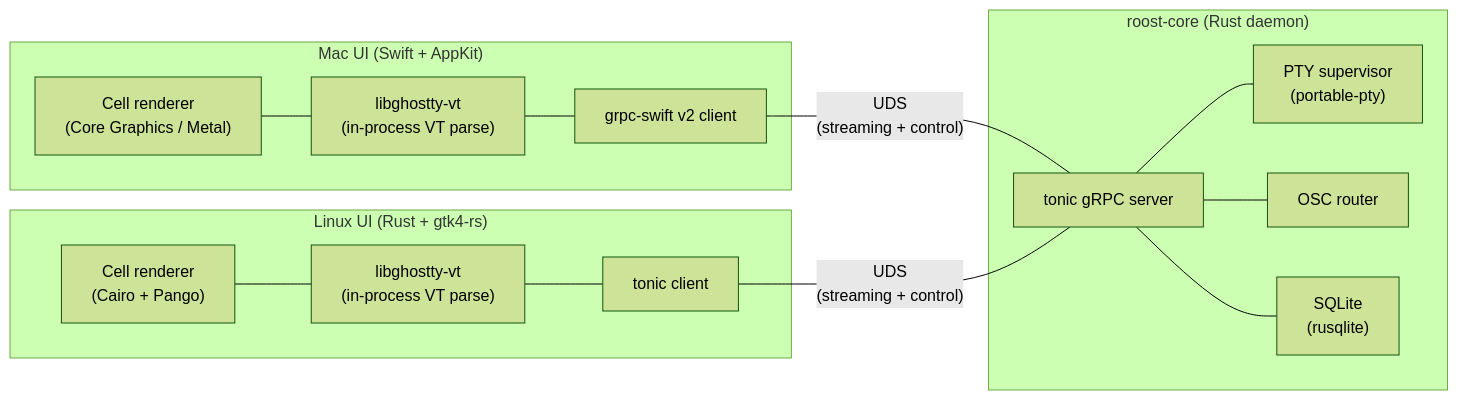
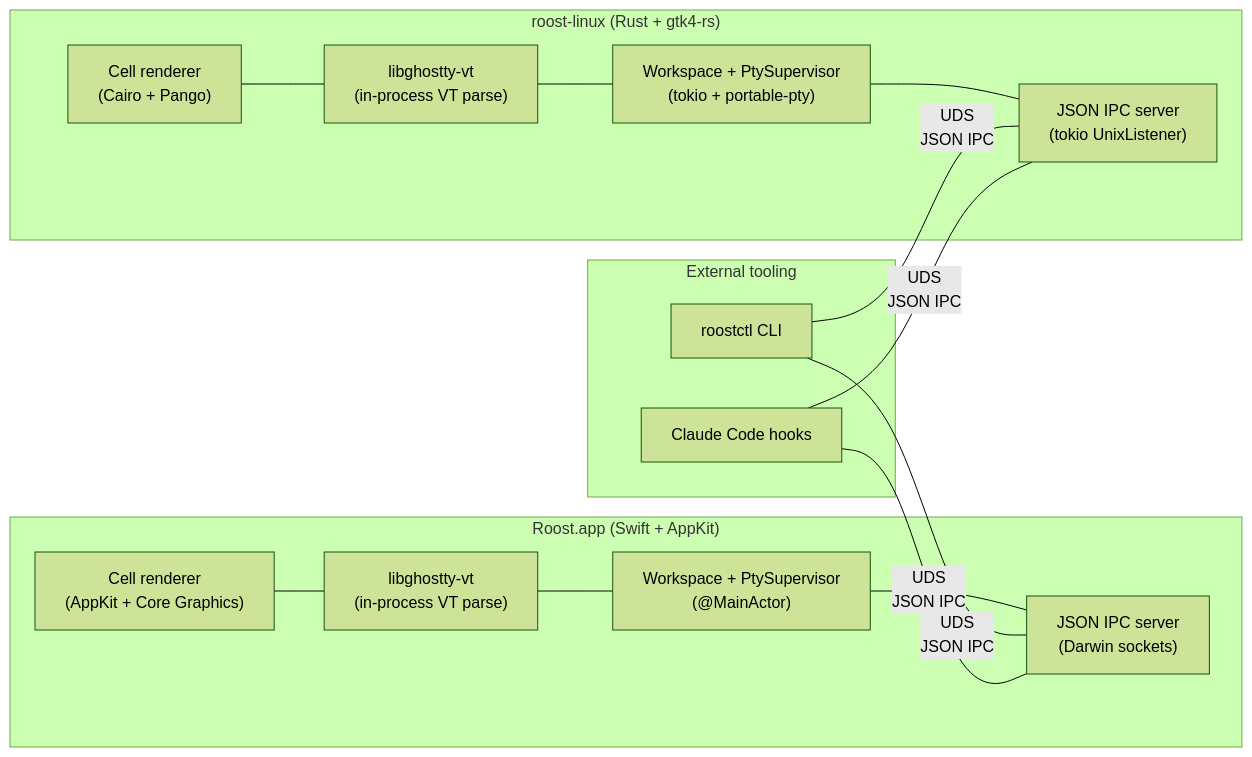
Before and after one commit to charliek/roost: the diagram in docs/development/vision.md, drawn with Mermaid (forest theme). The commit also changed other lines of this file and 115 other files, not shown here.

````diff
--- a/docs/development/vision.md
+++ b/docs/development/vision.md
@@ -23,29 +27,30 @@
 ```mermaid
 flowchart LR
-  subgraph Mac["Mac UI (Swift + AppKit)"]
-    macView["Cell renderer<br/>(Core Graphics / Metal)"]
+  subgraph MacApp["Roost.app (Swift + AppKit)"]
+    macView["Cell renderer<br/>(AppKit + Core Graphics)"]
     macVT["libghostty-vt<br/>(in-process VT parse)"]
-    macClient["grpc-swift v2 client"]
-    macView --- macVT --- macClient
+    macWS["Workspace + PtySupervisor<br/>(@MainActor)"]
+    macIPC["JSON IPC server<br/>(Darwin sockets)"]
+    macView --- macVT --- macWS
+    macWS --- macIPC
   end
 
-  subgraph Linux["Linux UI (Rust + gtk4-rs)"]
+  subgraph LinuxApp["roost-linux (Rust + gtk4-rs)"]
     linuxView["Cell renderer<br/>(Cairo + Pango)"]
     linuxVT["libghostty-vt<br/>(in-process VT parse)"]
-    linuxClient["tonic client"]
-    linuxView --- linuxVT --- linuxClient
+    linuxWS["Workspace + PtySupervisor<br/>(tokio + portable-pty)"]
+    linuxIPC["JSON IPC server<br/>(tokio UnixListener)"]
+    linuxView --- linuxVT --- linuxWS
+    linuxWS --- linuxIPC
   end
 
-  subgraph Core["roost-core (Rust daemon)"]
-    server["tonic gRPC server"]
-    pty["PTY supervisor<br/>(portable-pty)"]
-    osc["OSC router"]
-    store["SQLite<br/>(rusqlite)"]
-    server --- pty
-    server --- osc
-    server --- store
+  subgraph External["External tooling"]
+    roostctl["roostctl CLI"]
+    claude["Claude Code hooks"]
   end
 
-  macClient -- "UDS<br/>(streaming + control)" --- server
-  linuxClient -- "UDS<br/>(streaming + control)" --- server
+  roostctl -- "UDS<br/>JSON IPC" --- macIPC
+  roostctl -- "UDS<br/>JSON IPC" --- linuxIPC
+  claude -- "UDS<br/>JSON IPC" --- macIPC
+  claude -- "UDS<br/>JSON IPC" --- linuxIPC
 ```
````
